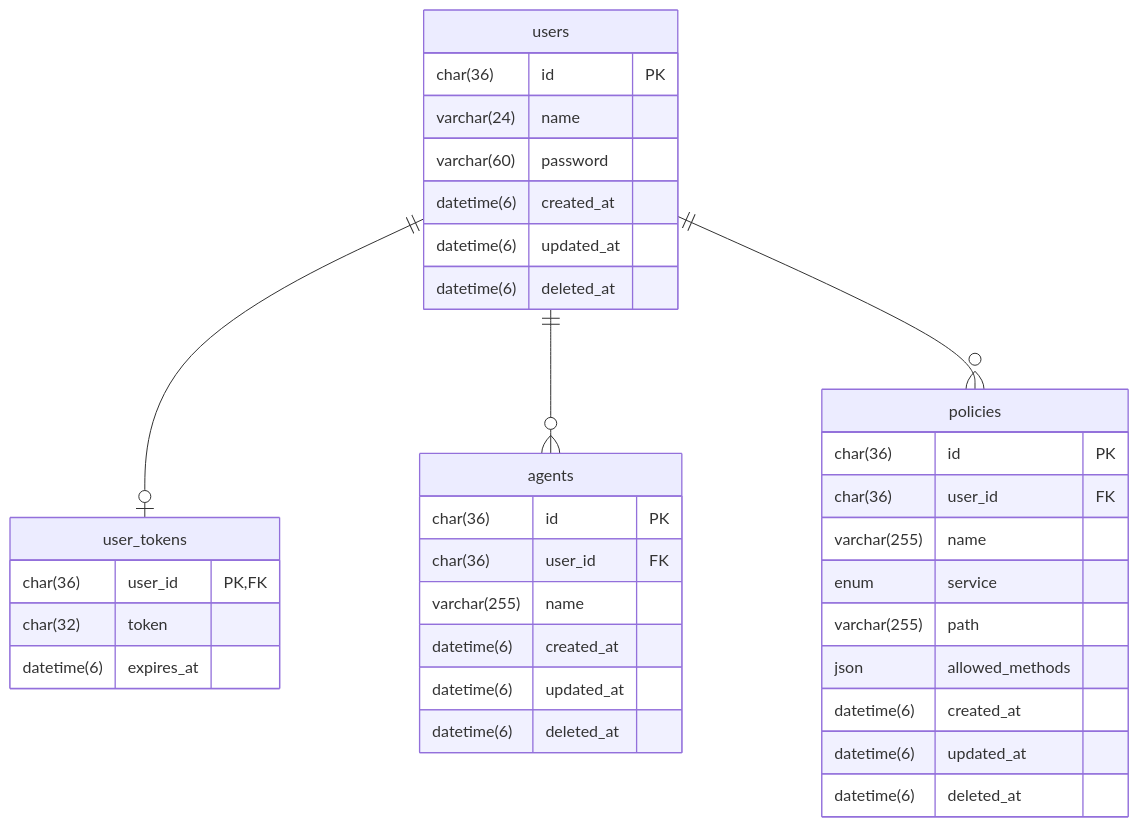
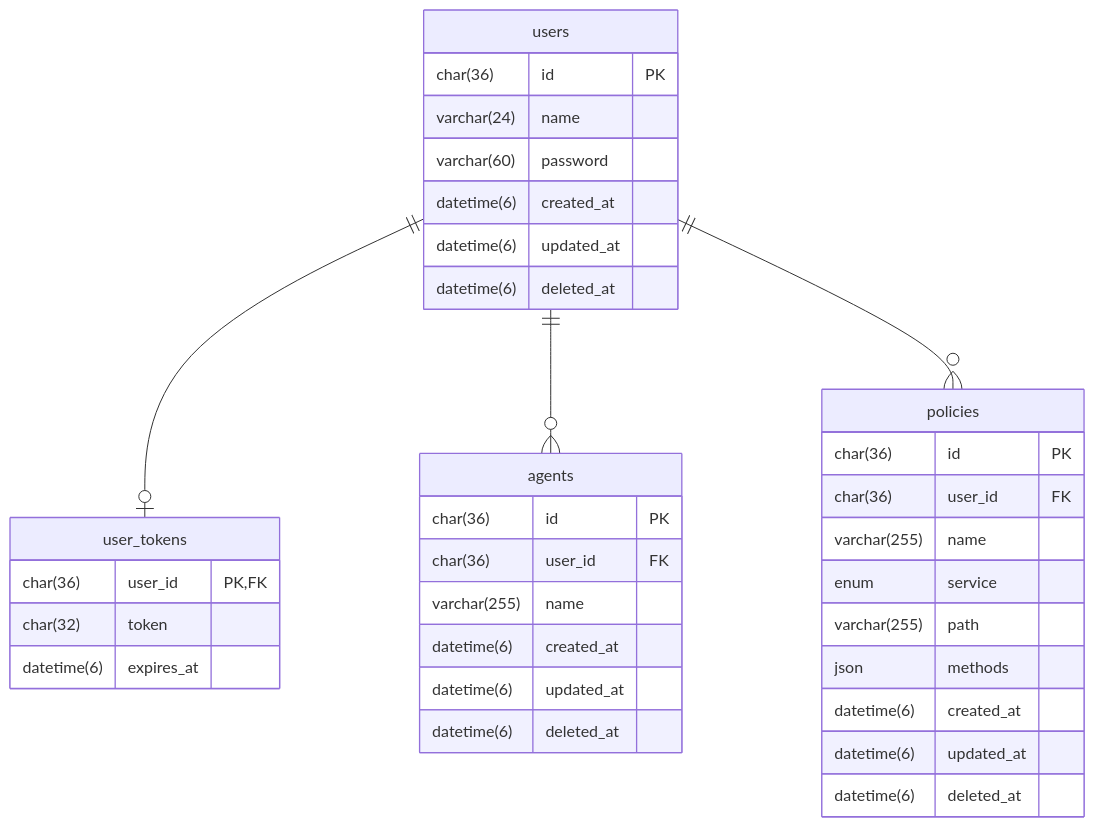
One commit to atsumarukun/holos-auth-api changed the diagram in docs/er-diagram.md. Above: the diagram before and after it, drawn with Mermaid. The commit also changed other lines of this file and 12 other files, not shown here.

````diff
--- a/docs/er-diagram.md
+++ b/docs/er-diagram.md
@@ -3,45 +3,45 @@
 ```mermaid
 erDiagram
 
 users {
   char(36) id PK
   varchar(24) name
   varchar(60) password
   datetime(6) created_at
   datetime(6) updated_at
   datetime(6) deleted_at
 }
 
 user_tokens {
   char(36) user_id PK, FK
   char(32) token
   datetime(6) expires_at
 }
 
 agents {
   char(36) id PK
   char(36) user_id FK
   varchar(255) name
   datetime(6) created_at
   datetime(6) updated_at
   datetime(6) deleted_at
 }
 
 policies {
   char(36) id PK
   char(36) user_id FK
   varchar(255) name
   enum service
   varchar(255) path
-  json allowed_methods
+  json methods
   datetime(6) created_at
   datetime(6) updated_at
   datetime(6) deleted_at
 }
 
 users ||--o| user_tokens: ""
 
 users ||--o{ agents: ""
 
 users ||--o{ policies: ""
 ```
````
